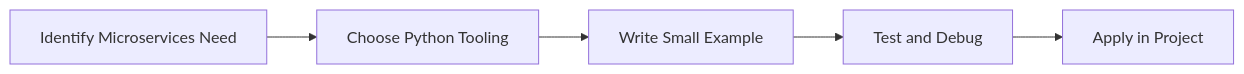
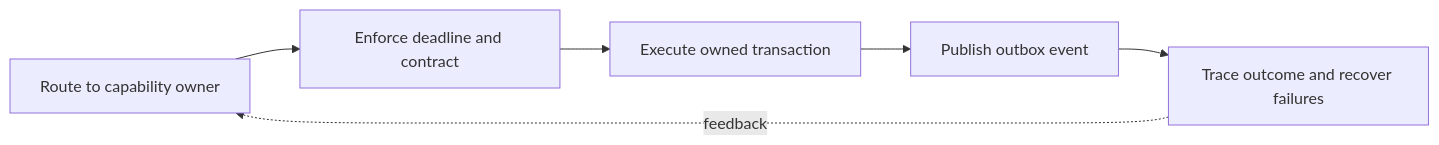
The diagram in Python-Mastery/Advanced/30-microservices.md (SYMOIZ/E-Learning-Portal), drawn with Mermaid before and after one commit. The commit also changed other lines of this file and 116 other files, not shown here.

````diff
--- a/Python-Mastery/Advanced/30-microservices.md
+++ b/Python-Mastery/Advanced/30-microservices.md
@@ -154,7 +165,8 @@
 ```mermaid
 flowchart LR
-    A[Identify Microservices Need] --> B[Choose Python Tooling]
-    B --> C[Write Small Example]
-    C --> D[Test and Debug]
-    D --> E[Apply in Project]
+    A[Route to capability owner] --> B[Enforce deadline and contract]
+    B --> C[Execute owned transaction]
+    C --> D[Publish outbox event]
+    D --> E[Trace outcome and recover failures]
+    E -. feedback .-> A
 ```
````
